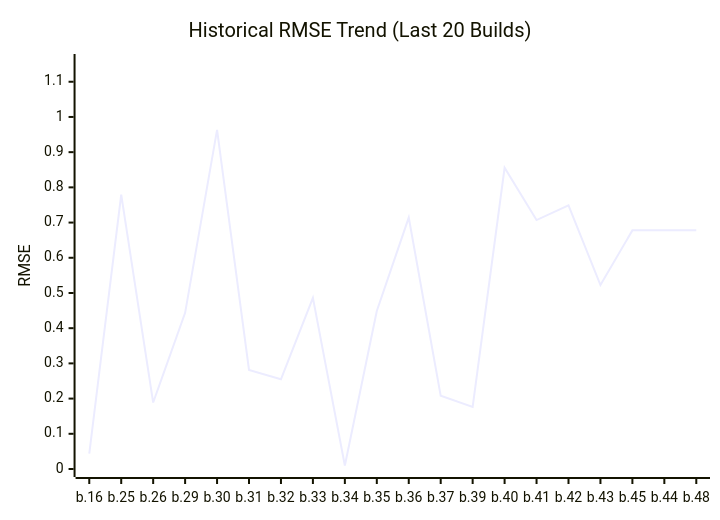
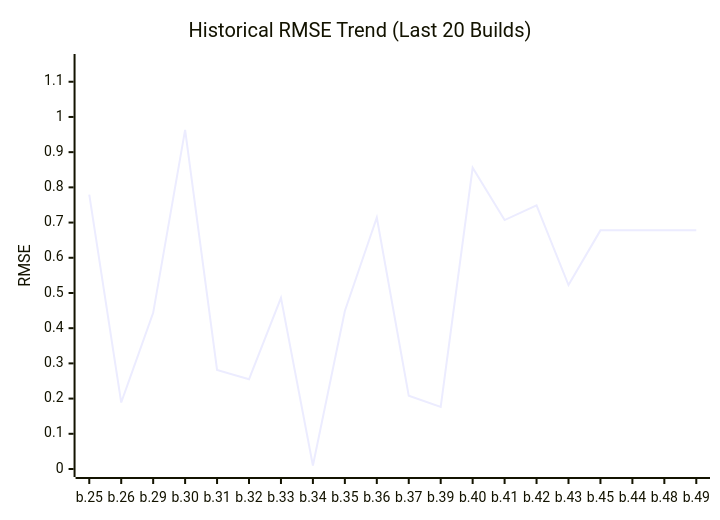
The first of 2 diagrams in README.md (timo-eberl/tracy), drawn with Mermaid before and after one commit. The commit also changed other lines of this file and 3 other files, not shown here.

````diff
--- a/README.md
+++ b/README.md
@@ -13,7 +13,7 @@
 ```mermaid
 xychart-beta
     title "Historical RMSE Trend (Last 20 Builds)"
-    x-axis ["b.16", "b.25", "b.26", "b.29", "b.30", "b.31", "b.32", "b.33", "b.34", "b.35", "b.36", "b.37", "b.39", "b.40", "b.41", "b.42", "b.43", "b.45", "b.44", "b.48"]
+    x-axis ["b.25", "b.26", "b.29", "b.30", "b.31", "b.32", "b.33", "b.34", "b.35", "b.36", "b.37", "b.39", "b.40", "b.41", "b.42", "b.43", "b.45", "b.44", "b.48", "b.49"]
     y-axis "RMSE" 0 --> 1.1561
-    line [0.043946, 0.7793, 0.1888, 0.4436, 0.9634, 0.2812, 0.2549, 0.4864, 0.0098, 0.4489, 0.7142, 0.2079, 0.1763, 0.8557, 0.7071, 0.749, 0.5226, 0.677836, 0.677984, 0.678]
+    line [0.7793, 0.1888, 0.4436, 0.9634, 0.2812, 0.2549, 0.4864, 0.0098, 0.4489, 0.7142, 0.2079, 0.1763, 0.8557, 0.7071, 0.749, 0.5226, 0.677836, 0.677984, 0.678, 0.678]
 ```
````
